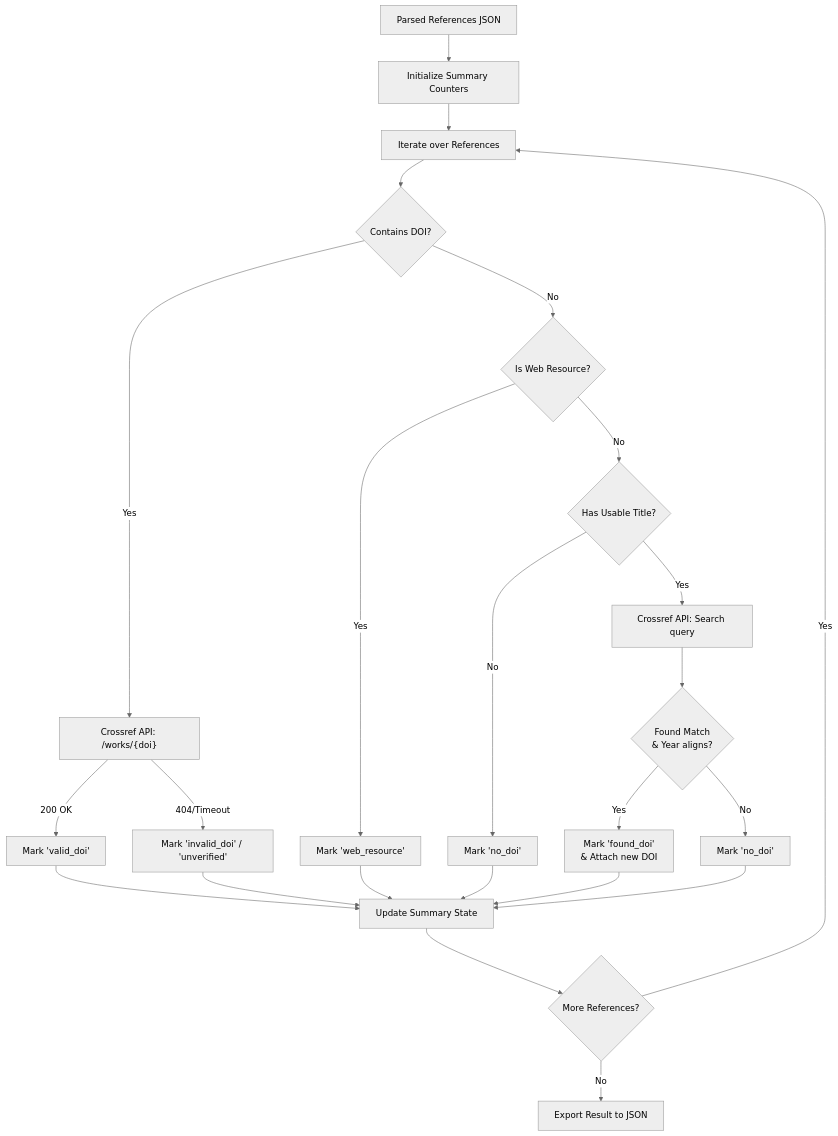
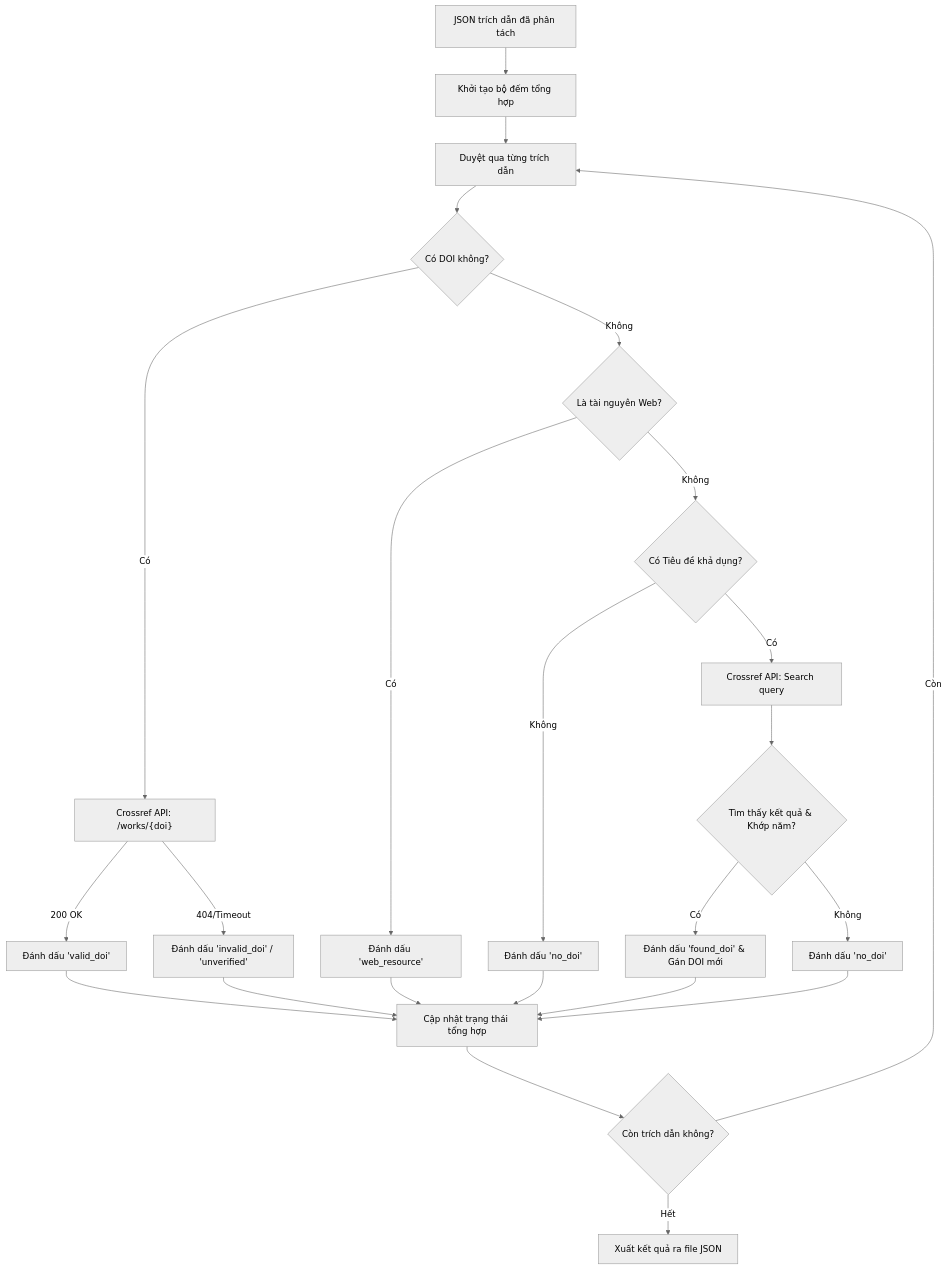
One commit to Jakiduy1410/DOI_checking changed the second of 2 diagrams in README.md. Above: the diagram before and after it, drawn with Mermaid (neutral theme). The commit also changed other lines of this file and 1 other file, not shown here.

````diff
--- a/README.md
+++ b/README.md
@@ -54,32 +56,32 @@
 ```mermaid
 flowchart TD
-    A[Parsed References JSON] --> B[Initialize Summary Counters]
-    B --> C[Iterate over References]
+    A[JSON trích dẫn đã phân tách] --> B[Khởi tạo bộ đếm tổng hợp]
+    B --> C[Duyệt qua từng trích dẫn]
     
-    C --> F{Contains DOI?}
-    F -- Yes --> G["Crossref API: /works/{doi}"]
-    G -- 200 OK --> H[Mark 'valid_doi']
-    G -- 404/Timeout --> I[Mark 'invalid_doi' / 'unverified']
+    C --> F{Có DOI không?}
+    F -- Có --> G["Crossref API: /works/{doi}"]
+    G -- 200 OK --> H[Đánh dấu 'valid_doi']
+    G -- 404/Timeout --> I[Đánh dấu 'invalid_doi' / 'unverified']
     
-    F -- No --> D{Is Web Resource?}
-    D -- Yes --> E[Mark 'web_resource']
+    F -- Không --> D{Là tài nguyên Web?}
+    D -- Có --> E[Đánh dấu 'web_resource']
     
-    D -- No --> K{Has Usable Title?}
-    K -- No --> L[Mark 'no_doi']
-    K -- Yes --> M[Crossref API: Search query]
+    D -- Không --> K{Có Tiêu đề khả dụng?}
+    K -- Không --> L[Đánh dấu 'no_doi']
+    K -- Có --> M[Crossref API: Search query]
     
-    M --> N{Found Match<br>& Year aligns?}
-    N -- Yes --> O[Mark 'found_doi'<br>& Attach new DOI]
-    N -- No --> P[Mark 'no_doi']
+    M --> N{Tìm thấy kết quả & Khớp năm?}
+    N -- Có --> O[Đánh dấu 'found_doi' & Gán DOI mới]
+    N -- Không --> P[Đánh dấu 'no_doi']
     
-    E --> Q[Update Summary State]
+    E --> Q[Cập nhật trạng thái tổng hợp]
     H --> Q
     I --> Q
     L --> Q
     O --> Q
     P --> Q
     
-    Q --> R{More References?}
-    R -- Yes --> C
-    R -- No --> S[Export Result to JSON]
+    Q --> R{Còn trích dẫn không?}
+    R -- Còn --> C
+    R -- Hết --> S[Xuất kết quả ra file JSON]
 ```
````
